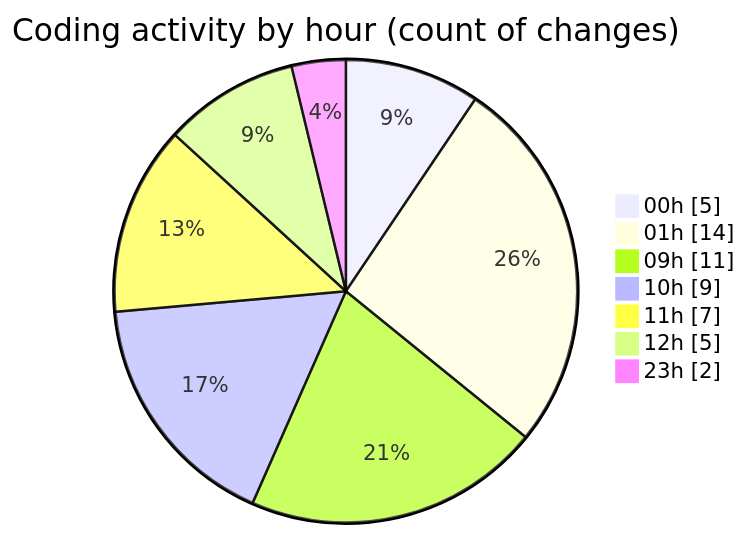
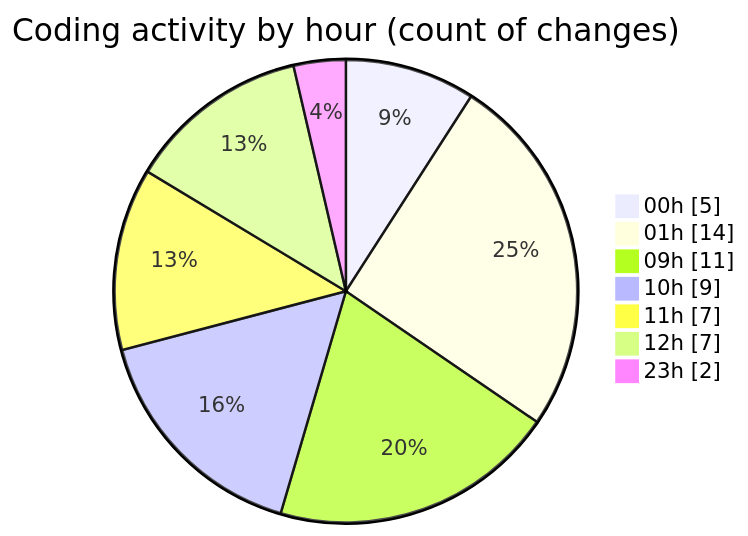
One commit to julien-gomy/code-tracking changed the second of 2 diagrams in 2025-11-26/eventscop-frontend-guide__workspace_/README.md. Above: the diagram before and after it, drawn with Mermaid. The commit also changed other lines of this file and 1 other file, not shown here.

````diff
--- a/2025-11-26/eventscop-frontend-guide__workspace_/README.md
+++ b/2025-11-26/eventscop-frontend-guide__workspace_/README.md
@@ -43,11 +44,11 @@
 ```mermaid
 pie showData
 title Coding activity by hour (count of changes)
 "00h" : 5
 "01h" : 14
 "09h" : 11
 "10h" : 9
 "11h" : 7
-"12h" : 5
+"12h" : 7
 "23h" : 2
 ```
````
